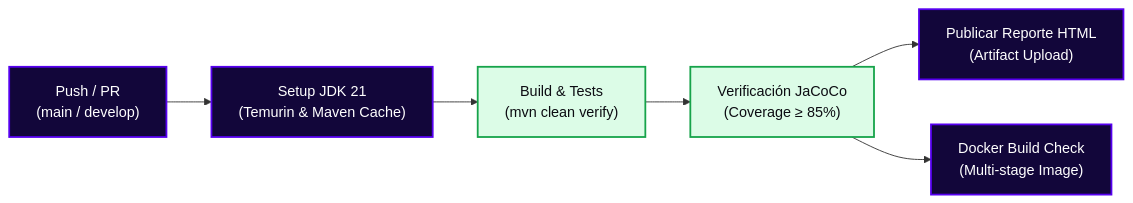
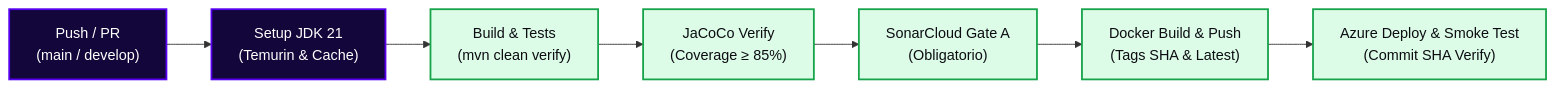
Before and after one commit to StyleRadar1/PT8080-ApiGateway-Service: the third of 3 diagrams in README.md, drawn with Mermaid. The commit also changed other lines of this file and 6 other files, not shown here.

First line of the commit message:
fix(ci-cd): corregir smoke tests, sonarcloud obligatorio, tryon hosts y rutas de catalogo

````diff
--- a/README.md
+++ b/README.md
@@ -400,14 +423,15 @@
 ```mermaid
 flowchart LR
-    A["Push / PR<br>(main / develop)"] --> B["Setup JDK 21<br>(Temurin & Maven Cache)"]
+    A["Push / PR<br>(main / develop)"] --> B["Setup JDK 21<br>(Temurin & Cache)"]
     B --> C["Build & Tests<br>(mvn clean verify)"]
-    C --> D["Verificación JaCoCo<br>(Coverage ≥ 85%)"]
-    D --> E["Publicar Reporte HTML<br>(Artifact Upload)"]
-    D --> F["Docker Build Check<br>(Multi-stage Image)"]
+    C --> D["JaCoCo Verify<br>(Coverage ≥ 85%)"]
+    D --> E["SonarCloud Gate A<br>(Obligatorio)"]
+    E --> F["Docker Build & Push<br>(Tags SHA & Latest)"]
+    F --> G["Azure Deploy & Smoke Test<br>(Commit SHA Verify)"]
 
     classDef step fill:#12063A,stroke:#5600EF,stroke-width:2px,color:#FFFFFF;
     classDef pass fill:#DCFCE7,stroke:#16A34A,stroke-width:2px,color:#0C0C12;
 
-    class A,B,E,F step;
-    class C,D pass;
+    class A,B step;
+    class C,D,E,F,G pass;
 ```
````
